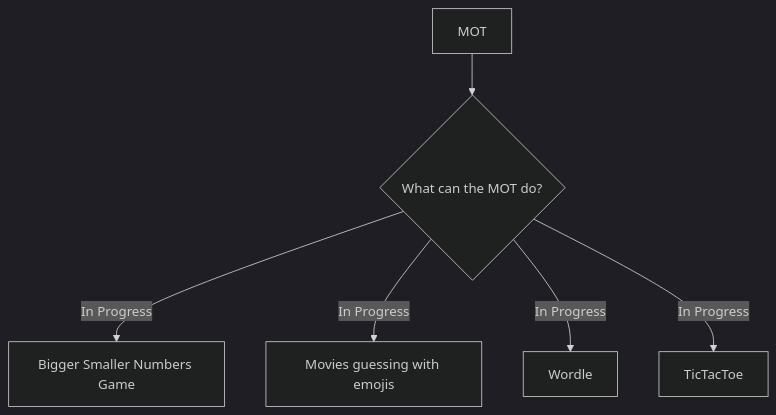
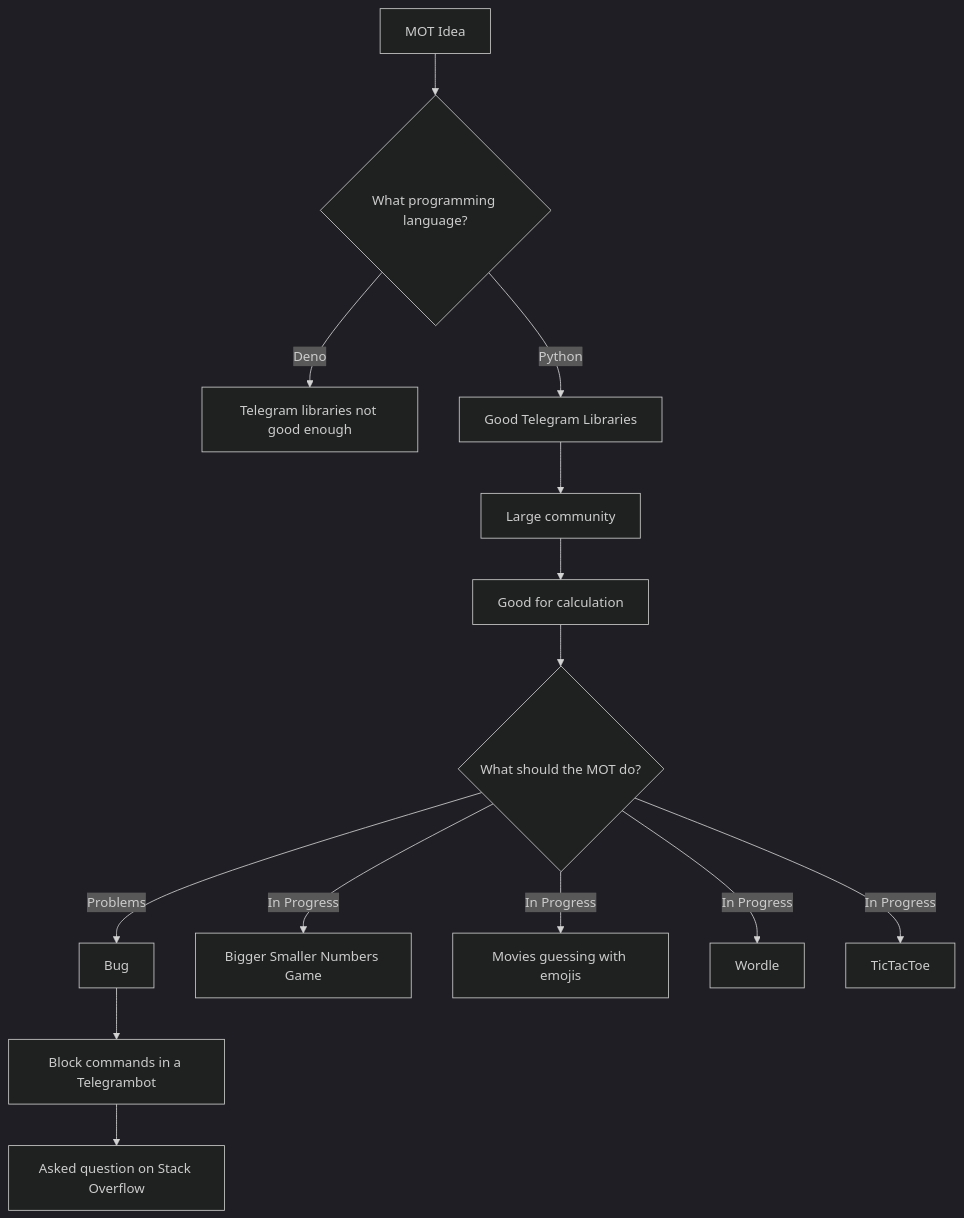
Before and after one commit to MOT-Multi-Functional-Bot/MOT-Multi-Functional-Bot: the diagram in README.md, drawn with Mermaid (dark theme). The commit also changed other lines of this file, not shown here.

````diff
--- a/README.md
+++ b/README.md
@@ -9,10 +11,18 @@
 ```mermaid
  
  flowchart TD
-    A[MOT] --> B{What can the MOT do?};
-    B -- In Progress --> E[Bigger Smaller Numbers Game];
-    B -- In Progress --> F[Movies guessing with emojis];
-    B -- In Progress --> G[Wordle];
-    B -- In Progress --> H[TicTacToe];
+    A[MOT Idea] --> B{What programming language?};
+    B -- Deno --> C[Telegram libraries not good enough];
+    B -- Python --> D[Good Telegram Libraries];
+    D --> E[Large community];
+    E --> F[Good for calculation ];
+    F --> G{What should the MOT do?};
+    G -- Problems --> H[Bug];
+    H --> I[Block commands in a Telegrambot];
+    I --> J[Asked question on Stack Overflow];
+    G -- In Progress --> K[Bigger Smaller Numbers Game];
+    G -- In Progress --> L[Movies guessing with emojis];
+    G -- In Progress --> M[Wordle];
+    G -- In Progress --> N[TicTacToe];
     
 ```
````
